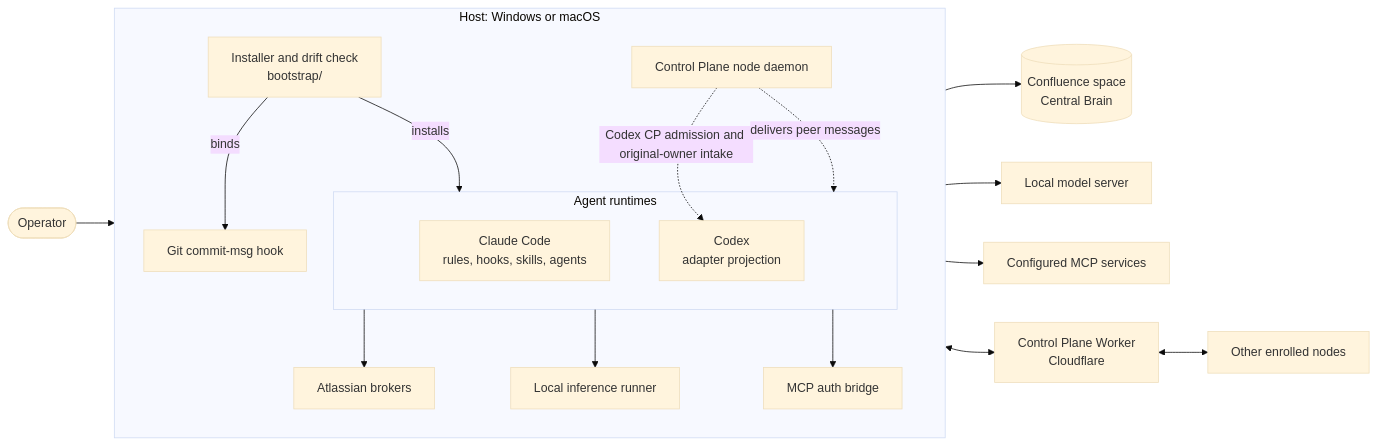
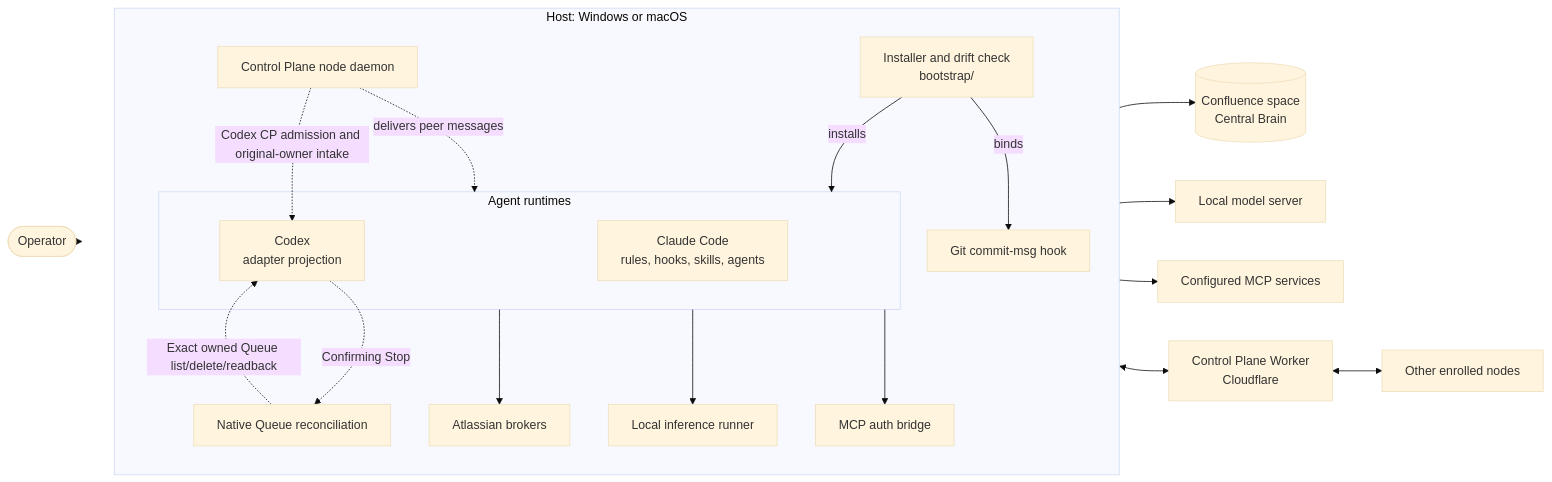
Before and after one commit to cfaysal/kherep: the diagram in README.md, drawn with Mermaid (base theme). The commit also changed 17 other files, not shown here.

Commit message:
fix: retire confirmed native queue pointers

````diff
--- a/README.md
+++ b/README.md
@@ -45,34 +45,37 @@
 ```mermaid
 flowchart LR
   operator([Operator])
 
   subgraph host["Host: Windows or macOS"]
     direction TB
     bootstrap["Installer and drift check<br/>bootstrap/"]
     subgraph runtimes["Agent runtimes"]
       claude["Claude Code<br/>rules, hooks, skills, agents"]
       codex["Codex<br/>adapter projection"]
     end
     githook["Git commit-msg hook"]
     brokers["Atlassian brokers"]
     runner["Local inference runner"]
     bridge["MCP auth bridge"]
     nodeDaemon["Control Plane node daemon"]
+    queueRetire["Native Queue reconciliation"]
   end
 
   confluence[("Confluence space<br/>Central Brain")]
   model["Local model server"]
   mcp["Configured MCP services"]
   worker["Control Plane Worker<br/>Cloudflare"]
   peers["Other enrolled nodes"]
 
   operator --> runtimes
   bootstrap -->|installs| runtimes
   bootstrap -->|binds| githook
   runtimes --> brokers --> confluence
   runtimes --> runner --> model
   runtimes --> bridge --> mcp
   nodeDaemon <--> worker <--> peers
   nodeDaemon -.->|delivers peer messages| runtimes
   nodeDaemon -.->|Codex CP admission and original-owner intake| codex
+  codex -.->|Confirming Stop| queueRetire
+  queueRetire -.->|Exact owned Queue list/delete/readback| codex
 ```
````
